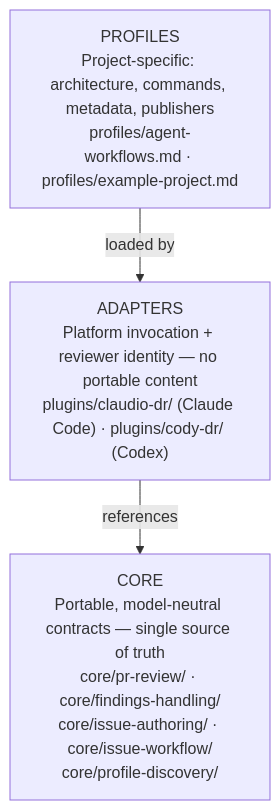
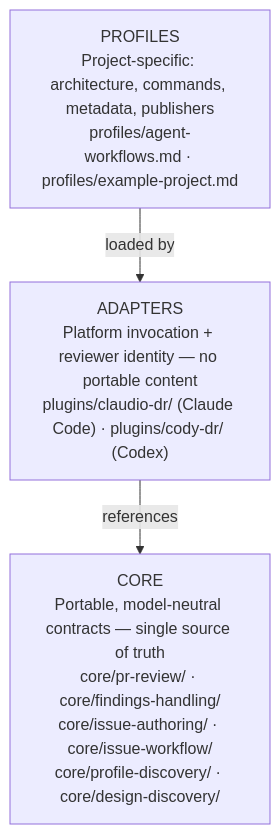
One commit to dgaramos/agent-workflows changed the first of 2 diagrams in README.md. Above: the diagram before and after it, drawn with Mermaid. The commit also changed other lines of this file, not shown here.

````diff
--- a/README.md
+++ b/README.md
@@ -40,8 +40,8 @@
 ```mermaid
 flowchart TD
     P["PROFILES\nProject-specific: architecture, commands, metadata, publishers\nprofiles/agent-workflows.md · profiles/example-project.md"]
     A["ADAPTERS\nPlatform invocation + reviewer identity — no portable content\nplugins/claudio-dr/ (Claude Code) · plugins/cody-dr/ (Codex)"]
-    C["CORE\nPortable, model-neutral contracts — single source of truth\ncore/pr-review/ · core/findings-handling/\ncore/issue-authoring/ · core/issue-workflow/\ncore/profile-discovery/"]
+    C["CORE\nPortable, model-neutral contracts — single source of truth\ncore/pr-review/ · core/findings-handling/\ncore/issue-authoring/ · core/issue-workflow/\ncore/profile-discovery/ · core/design-discovery/"]
     P -->|"loaded by"| A
     A -->|"references"| C
 ```
````
